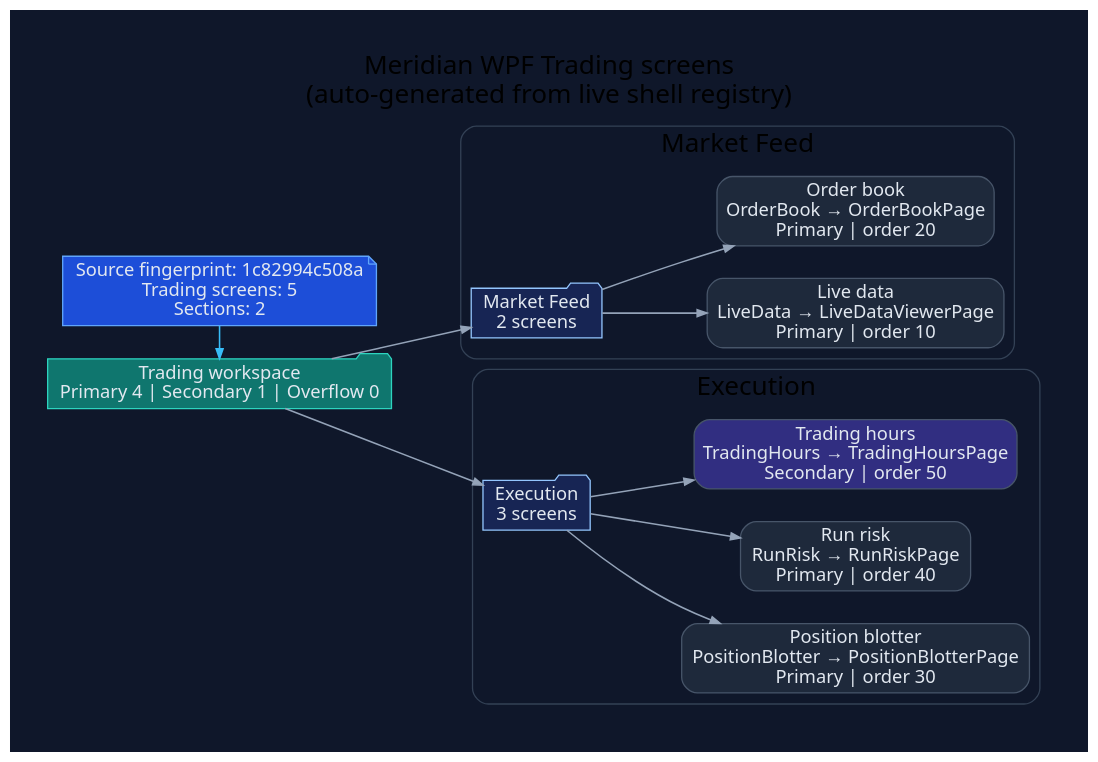
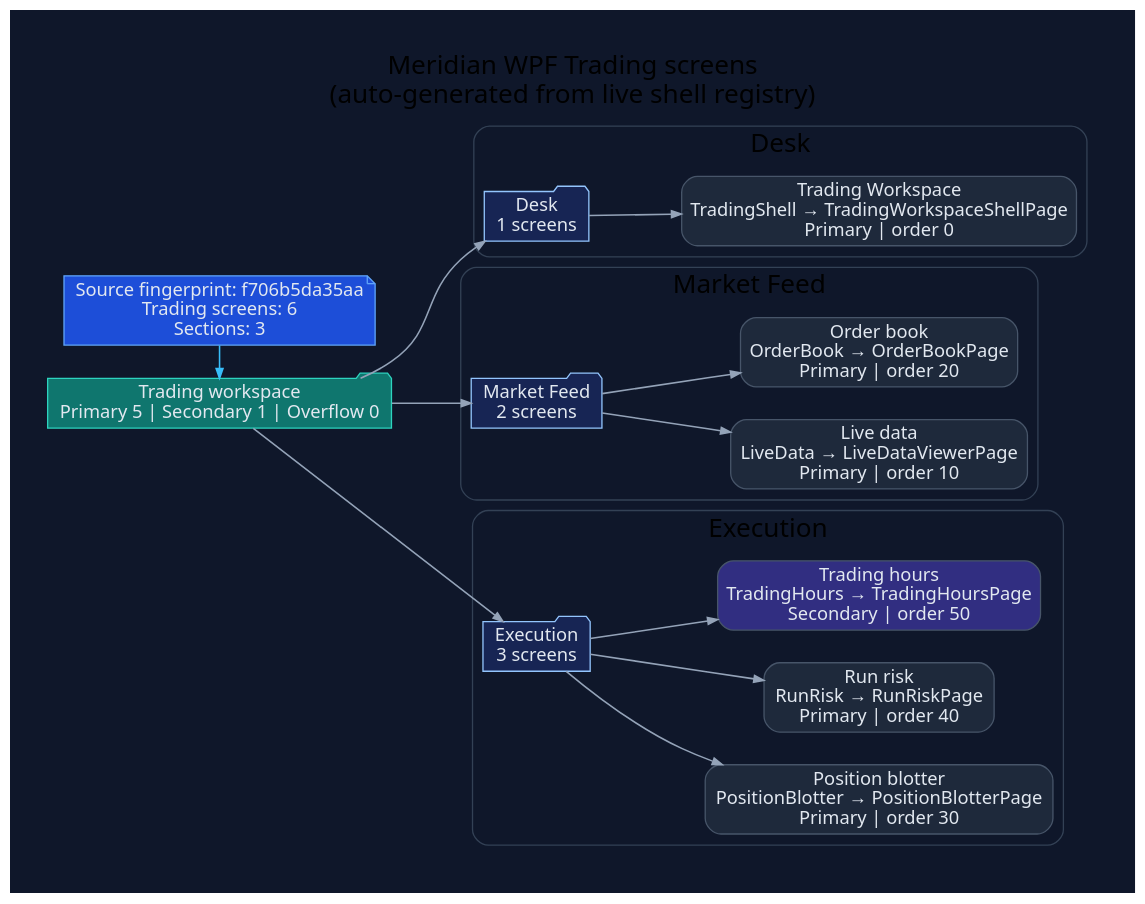
Before and after one commit to rodoHasArrived/Meridian-main: the diagram in docs/diagrams/ui-wpf-screens-trading.dot, drawn with Graphviz. The commit also changed 31 other files, not shown here.

First line of the commit message:
WPF: keep page registration subtitles as literals so the screen diagrams parse; regenerate diagrams

```diff
--- a/docs/diagrams/ui-wpf-screens-trading.dot
+++ b/docs/diagrams/ui-wpf-screens-trading.dot
@@ -1,52 +1,62 @@
 // -----------------------------------------------------------------------------
 // <auto-generated>
 // Generated by scripts/generate-diagrams.mjs.
 // Do not edit this file directly; update the WPF source files instead.
 // -----------------------------------------------------------------------------
 digraph WpfTradingScreens {
   graph [
     rankdir=LR,
     labelloc=t,
     label="Meridian WPF Trading screens\n(auto-generated from live shell registry)",
     fontname="Segoe UI",
     fontsize=20,
     pad=0.4,
     nodesep=0.35,
     ranksep=0.85,
     bgcolor="#0f172a"
   ];
   node [fontname="Segoe UI", shape=box, style="rounded,filled", color="#475569", fontcolor="#e2e8f0", fillcolor="#1e293b"];
   edge [fontname="Segoe UI", color="#94a3b8", penwidth=1.2, arrowsize=0.75];
 
-  generated [shape=note, fillcolor="#1d4ed8", color="#60a5fa", label="Source fingerprint: 1c82994c508a\nTrading screens: 5\nSections: 2"];
-  workspace [shape=folder, fillcolor="#0f766e", color="#2dd4bf", label="Trading workspace\nPrimary 4 | Secondary 1 | Overflow 0"];
+  generated [shape=note, fillcolor="#1d4ed8", color="#60a5fa", label="Source fingerprint: f706b5da35aa\nTrading screens: 6\nSections: 3"];
+  workspace [shape=folder, fillcolor="#0f766e", color="#2dd4bf", label="Trading workspace\nPrimary 5 | Secondary 1 | Overflow 0"];
   generated -> workspace [color="#38bdf8"];
 
   subgraph cluster_section_1 {
+    label="Desk";
+    color="#334155";
+    style="rounded";
+    section_1 [shape=folder, fillcolor="#172554", color="#93c5fd", label="Desk\n1 screens"];
+    workspace -> section_1;
+    screen_TradingShell [fillcolor="#1e293b", label="Trading Workspace\nTradingShell → TradingWorkspaceShellPage\nPrimary | order 0"];
+    section_1 -> screen_TradingShell;
+  }
+
+  subgraph cluster_section_2 {
     label="Market Feed";
     color="#334155";
     style="rounded";
-    section_1 [shape=folder, fillcolor="#172554", color="#93c5fd", label="Market Feed\n2 screens"];
-    workspace -> section_1;
+    section_2 [shape=folder, fillcolor="#172554", color="#93c5fd", label="Market Feed\n2 screens"];
+    workspace -> section_2;
     screen_LiveData [fillcolor="#1e293b", label="Live data\nLiveData → LiveDataViewerPage\nPrimary | order 10"];
-    section_1 -> screen_LiveData;
+    section_2 -> screen_LiveData;
     screen_OrderBook [fillcolor="#1e293b", label="Order book\nOrderBook → OrderBookPage\nPrimary | order 20"];
-    section_1 -> screen_OrderBook;
+    section_2 -> screen_OrderBook;
   }
 
-  subgraph cluster_section_2 {
+  subgraph cluster_section_3 {
     label="Execution";
     color="#334155";
     style="rounded";
-    section_2 [shape=folder, fillcolor="#172554", color="#93c5fd", label="Execution\n3 screens"];
-    workspace -> section_2;
+    section_3 [shape=folder, fillcolor="#172554", color="#93c5fd", label="Execution\n3 screens"];
+    workspace -> section_3;
     screen_PositionBlotter [fillcolor="#1e293b", label="Position blotter\nPositionBlotter → PositionBlotterPage\nPrimary | order 30"];
-    section_2 -> screen_PositionBlotter;
+    section_3 -> screen_PositionBlotter;
     screen_RunRisk [fillcolor="#1e293b", label="Run risk\nRunRisk → RunRiskPage\nPrimary | order 40"];
-    section_2 -> screen_RunRisk;
+    section_3 -> screen_RunRisk;
     screen_TradingHours [fillcolor="#312e81", label="Trading hours\nTradingHours → TradingHoursPage\nSecondary | order 50"];
-    section_2 -> screen_TradingHours;
+    section_3 -> screen_TradingHours;
   }
 
   { rank=min; generated; workspace; }
 }
```
